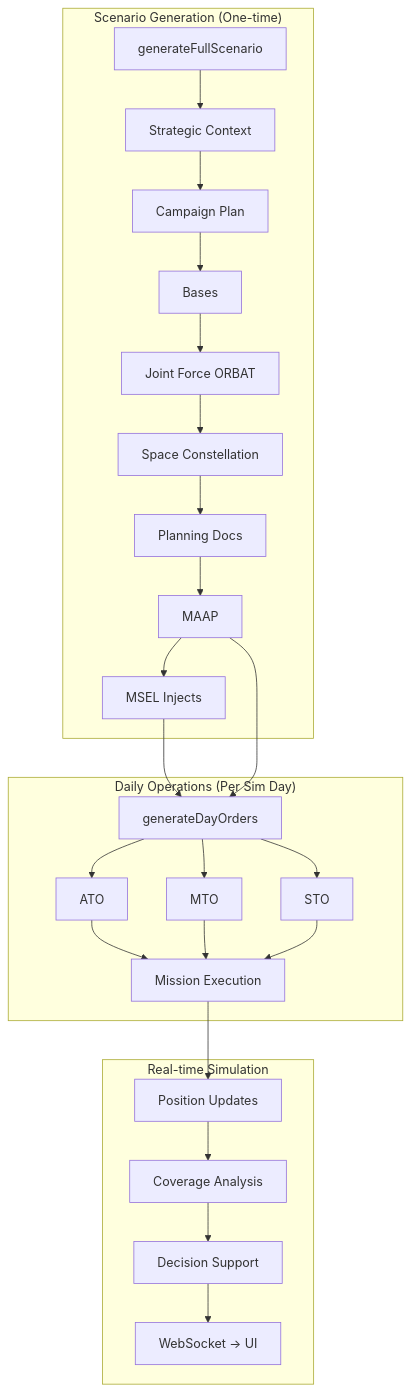
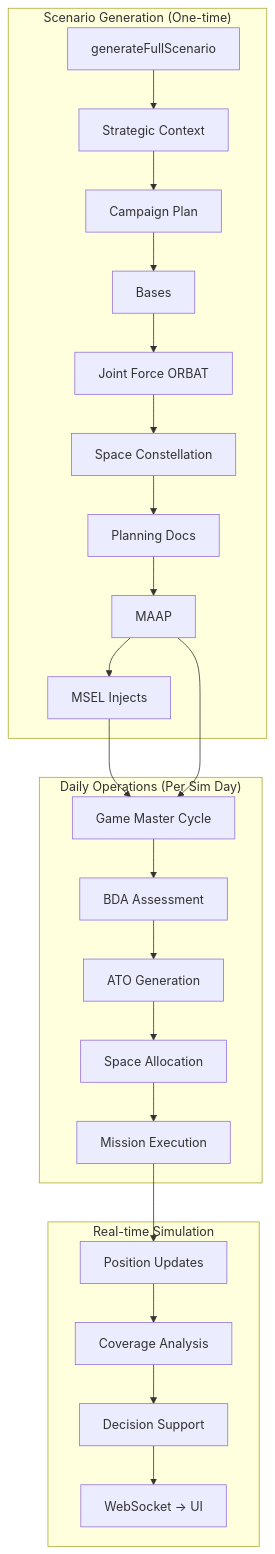
One commit to neg-0/overwatch changed the diagram in docs/architecture.md. Above: the diagram before and after it, drawn with Mermaid. The commit also changed other lines of this file and 12 other files, not shown here.

````diff
--- a/docs/architecture.md
+++ b/docs/architecture.md
@@ -65,32 +81,30 @@
 ```mermaid
 graph TB
     subgraph "Scenario Generation (One-time)"
         A[generateFullScenario] --> B[Strategic Context]
         B --> C[Campaign Plan]
         C --> D[Bases]
         D --> E[Joint Force ORBAT]
         E --> F[Space Constellation]
         F --> G[Planning Docs]
         G --> H[MAAP]
         H --> I[MSEL Injects]
     end
 
     subgraph "Daily Operations (Per Sim Day)"
-        J[generateDayOrders] --> K[ATO]
-        J --> L[MTO]
-        J --> M[STO]
-        K --> N[Mission Execution]
-        L --> N
-        M --> N
+        J[Game Master Cycle] --> K[BDA Assessment]
+        K --> L[ATO Generation]
+        L --> M[Space Allocation]
+        M --> N[Mission Execution]
     end
 
     subgraph "Real-time Simulation"
         N --> O[Position Updates]
         O --> P[Coverage Analysis]
         P --> Q[Decision Support]
         Q --> R[WebSocket → UI]
     end
 
     I --> J
     H --> J
 ```
````
